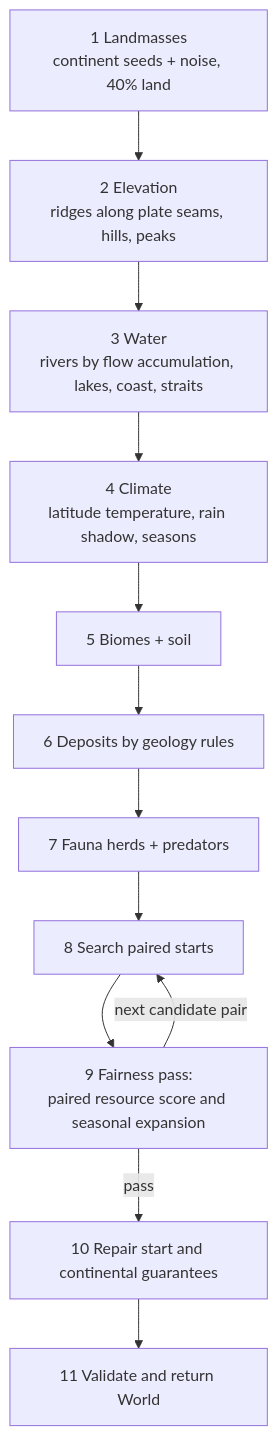
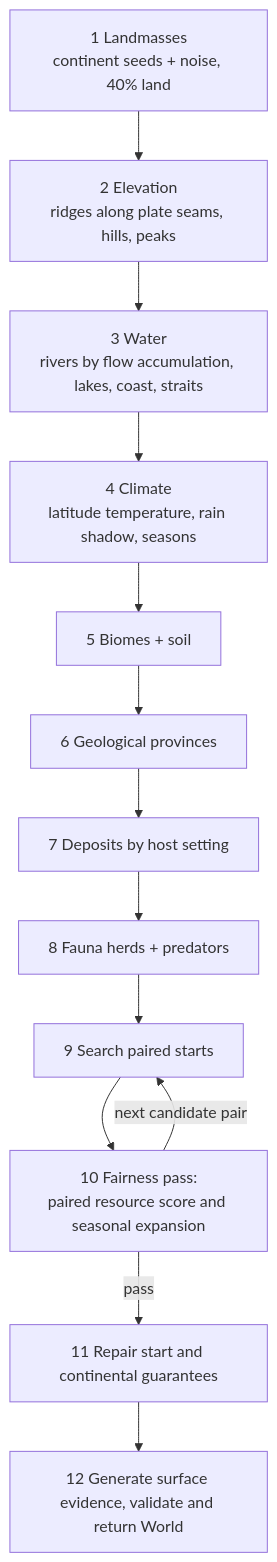
Before and after one commit to juchheim/civsim: the diagram in docs/MVP/12-world-generation.md, drawn with Mermaid. The commit also changed other lines of this file and 40 other files, not shown here.

````diff
--- a/docs/MVP/12-world-generation.md
+++ b/docs/MVP/12-world-generation.md
@@ -36,14 +36,15 @@
 ```mermaid
 flowchart TD
     A[1 Landmasses<br/>continent seeds + noise, 40% land] --> B[2 Elevation<br/>ridges along plate seams, hills, peaks]
     B --> C[3 Water<br/>rivers by flow accumulation, lakes, coast, straits]
     C --> D[4 Climate<br/>latitude temperature, rain shadow, seasons]
     D --> E[5 Biomes + soil]
-    E --> F[6 Deposits by geology rules]
-    F --> G[7 Fauna herds + predators]
-    G --> H[8 Search paired starts]
-    H --> I[9 Fairness pass:<br/>paired resource score and seasonal expansion]
-    I -->|next candidate pair| H
-    I -->|pass| J[10 Repair start and continental guarantees]
-    J --> K[11 Validate and return World]
+    E --> F[6 Geological provinces]
+    F --> G[7 Deposits by host setting]
+    G --> H[8 Fauna herds + predators]
+    H --> I[9 Search paired starts]
+    I --> J[10 Fairness pass:<br/>paired resource score and seasonal expansion]
+    J -->|next candidate pair| I
+    J -->|pass| K[11 Repair start and continental guarantees]
+    K --> L[12 Generate surface evidence, validate and return World]
 ```
````
